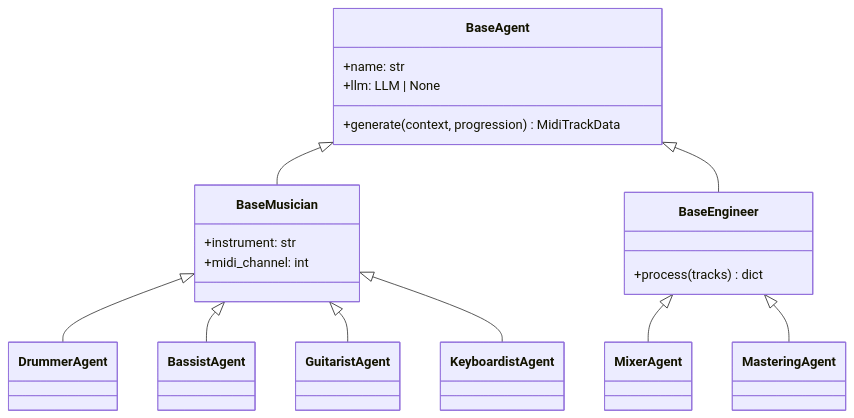
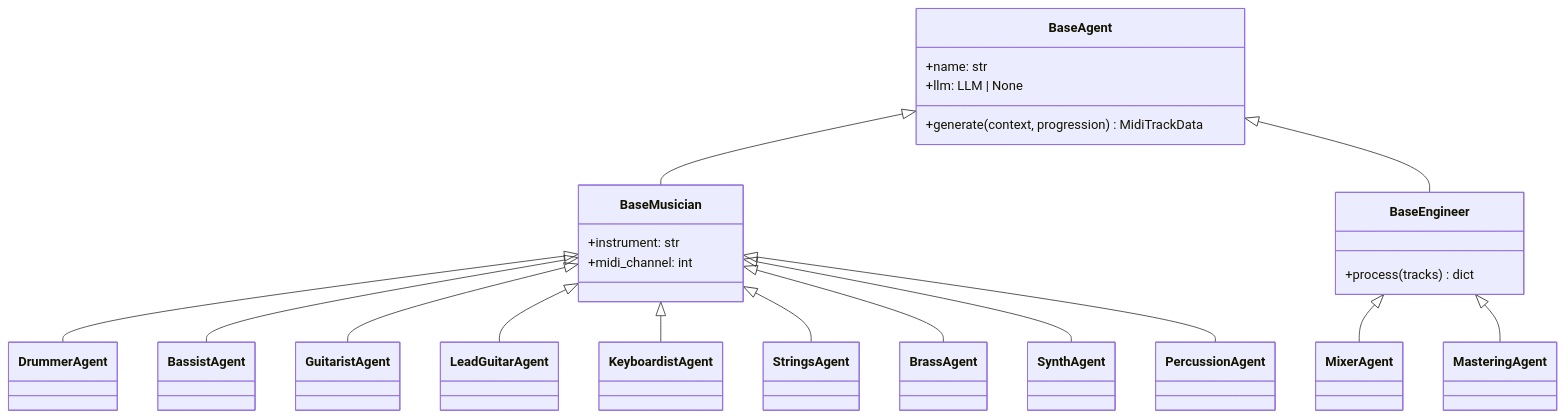
One commit to ianlintner/audio_engineer changed the diagram in docs/agents.md. Above: the diagram before and after it, drawn with Mermaid. The commit also changed other lines of this file and 29 other files, not shown here.

````diff
--- a/docs/agents.md
+++ b/docs/agents.md
@@ -9,30 +9,40 @@
 ```mermaid
 classDiagram
     class BaseAgent {
         +name: str
         +llm: LLM | None
         +generate(context, progression) MidiTrackData
     }
     class BaseMusician {
         +instrument: str
         +midi_channel: int
     }
     class BaseEngineer {
         +process(tracks) dict
     }
     class DrummerAgent
     class BassistAgent
     class GuitaristAgent
+    class LeadGuitarAgent
     class KeyboardistAgent
+    class StringsAgent
+    class BrassAgent
+    class SynthAgent
+    class PercussionAgent
     class MixerAgent
     class MasteringAgent
 
     BaseAgent <|-- BaseMusician
     BaseAgent <|-- BaseEngineer
     BaseMusician <|-- DrummerAgent
     BaseMusician <|-- BassistAgent
     BaseMusician <|-- GuitaristAgent
+    BaseMusician <|-- LeadGuitarAgent
     BaseMusician <|-- KeyboardistAgent
+    BaseMusician <|-- StringsAgent
+    BaseMusician <|-- BrassAgent
+    BaseMusician <|-- SynthAgent
+    BaseMusician <|-- PercussionAgent
     BaseEngineer <|-- MixerAgent
     BaseEngineer <|-- MasteringAgent
 ```
````
